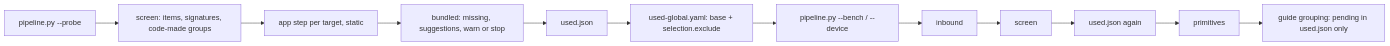
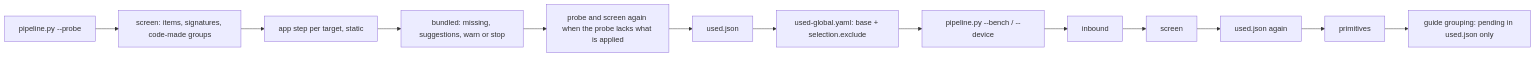
The diagram in perf-repair/docs/used-set.md (JuneKim0007/cryptobenchmark), drawn with Mermaid before and after one commit. The commit also changed other lines of this file and 6 other files, not shown here.

Commit message:
perf-repair device: with applied providers the probe and screen run again before the used set, so bundled items are grouped with the platform's; a bundled item is measured only when a site names its algorithm

````diff
--- a/perf-repair/docs/used-set.md
+++ b/perf-repair/docs/used-set.md
@@ -5,6 +5,6 @@
 ```mermaid
 flowchart LR
     P[pipeline.py --probe] --> S[screen: items, signatures, code-made groups] --> D[app step per target, static]
-    D --> K[bundled: missing, suggestions, warn or stop] --> U[used.json] --> X[used-global.yaml: base + selection.exclude] --> B[pipeline.py --bench / --device]
+    D --> K[bundled: missing, suggestions, warn or stop] --> Q[probe and screen again when the probe lacks what is applied] --> U[used.json] --> X[used-global.yaml: base + selection.exclude] --> B[pipeline.py --bench / --device]
     B --> I[inbound] --> S2[screen] --> U2[used.json again] --> T[primitives] --> G[guide grouping: pending in used.json only]
 ```
````
